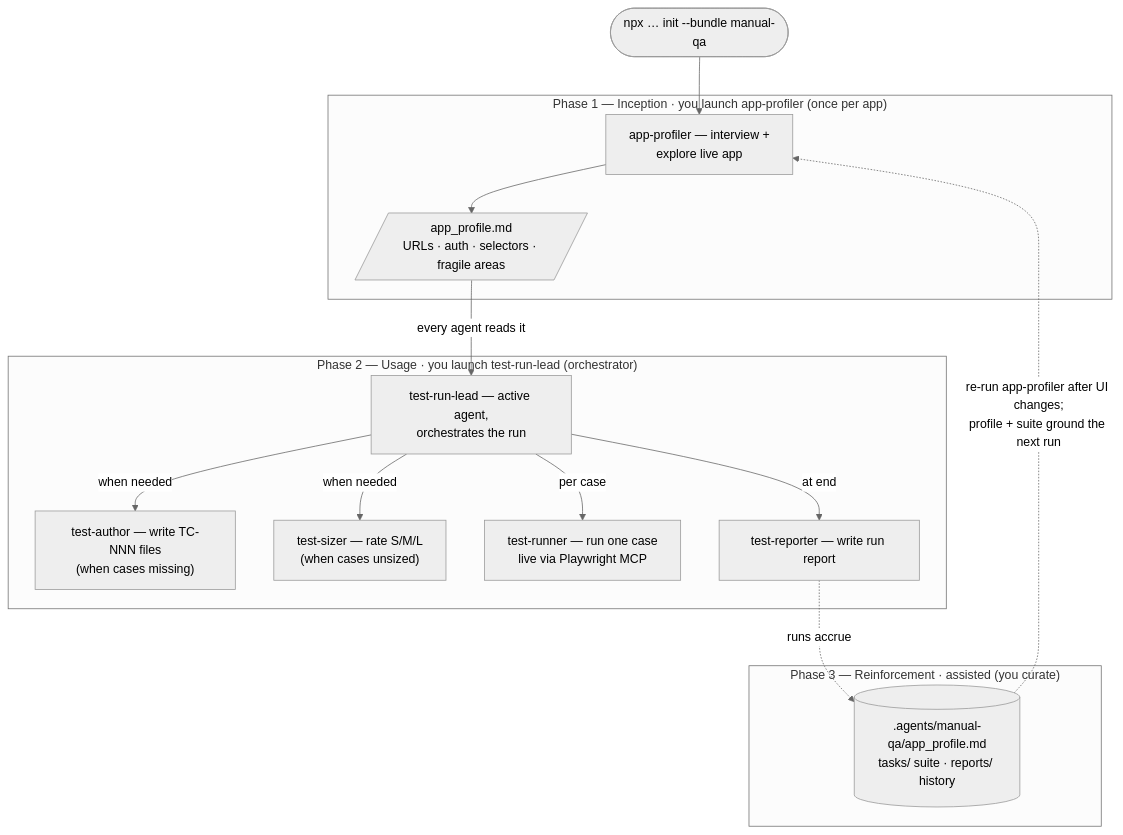
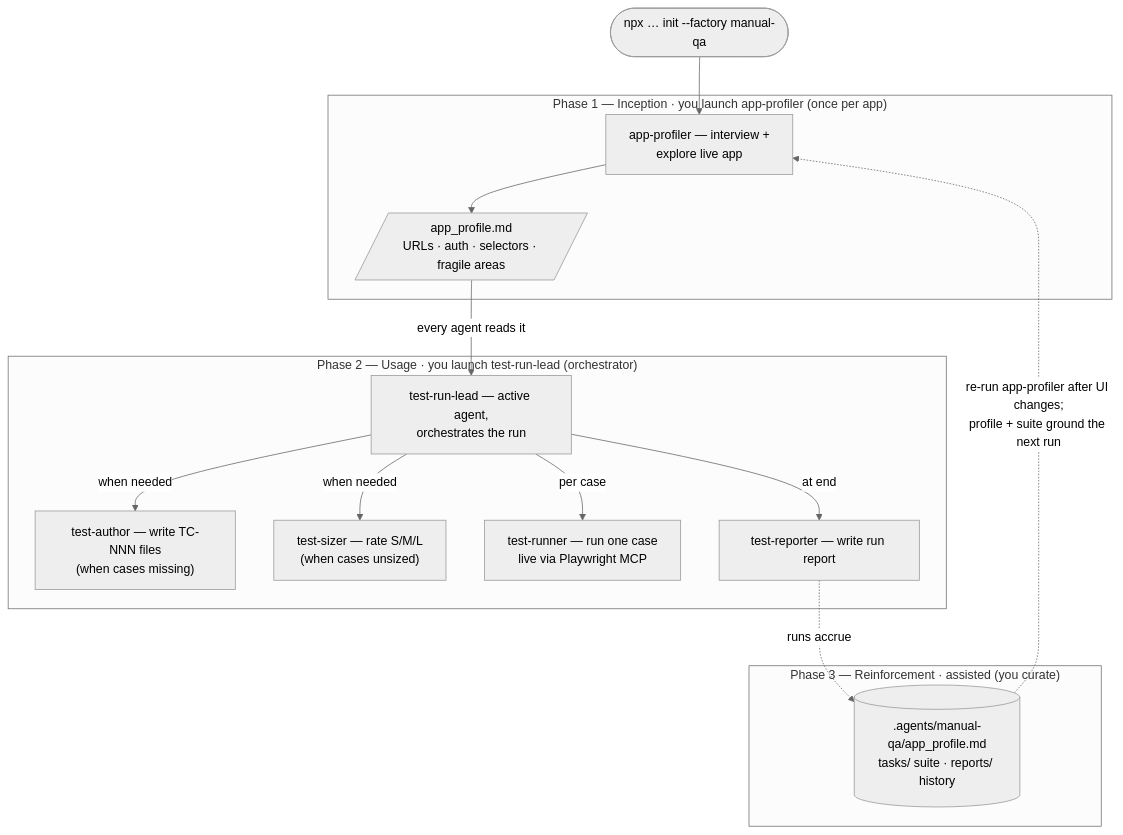
The diagram in factories/manual-qa/README.md (arozumenko/sdlc-skills), drawn with Mermaid (neutral theme) before and after one commit. The commit also changed other lines of this file and 7 other files, not shown here.

````diff
--- a/factories/manual-qa/README.md
+++ b/factories/manual-qa/README.md
@@ -68,31 +68,31 @@
 ```mermaid
 flowchart TD
-    install(["npx … init --bundle manual-qa"]) --> profiler
+    install(["npx … init --factory manual-qa"]) --> profiler
 
     subgraph p1["Phase 1 — Inception · you launch app-profiler (once per app)"]
         profiler["app-profiler — interview +<br/>explore live app"]
         profile[/"app_profile.md<br/>URLs · auth · selectors · fragile areas"/]
         profiler --> profile
     end
 
     subgraph p2["Phase 2 — Usage · you launch test-run-lead (orchestrator)"]
         lead["test-run-lead — active agent,<br/>orchestrates the run"]
         author["test-author — write TC-NNN files<br/>(when cases missing)"]
         sizer["test-sizer — rate S/M/L<br/>(when cases unsized)"]
         runner["test-runner — run one case<br/>live via Playwright MCP"]
         reporter["test-reporter — write run report"]
         lead -->|"when needed"| author
         lead -->|"when needed"| sizer
         lead -->|"per case"| runner
         lead -->|"at end"| reporter
     end
 
     profile -->|"every agent reads it"| lead
 
     subgraph p3["Phase 3 — Reinforcement · assisted (you curate)"]
         artifacts[(".agents/manual-qa/app_profile.md<br/>tasks/ suite · reports/ history")]
     end
 
     reporter -. "runs accrue" .-> artifacts
     artifacts -. "re-run app-profiler after UI changes;<br/>profile + suite ground the next run" .-> profiler
 ```
````
